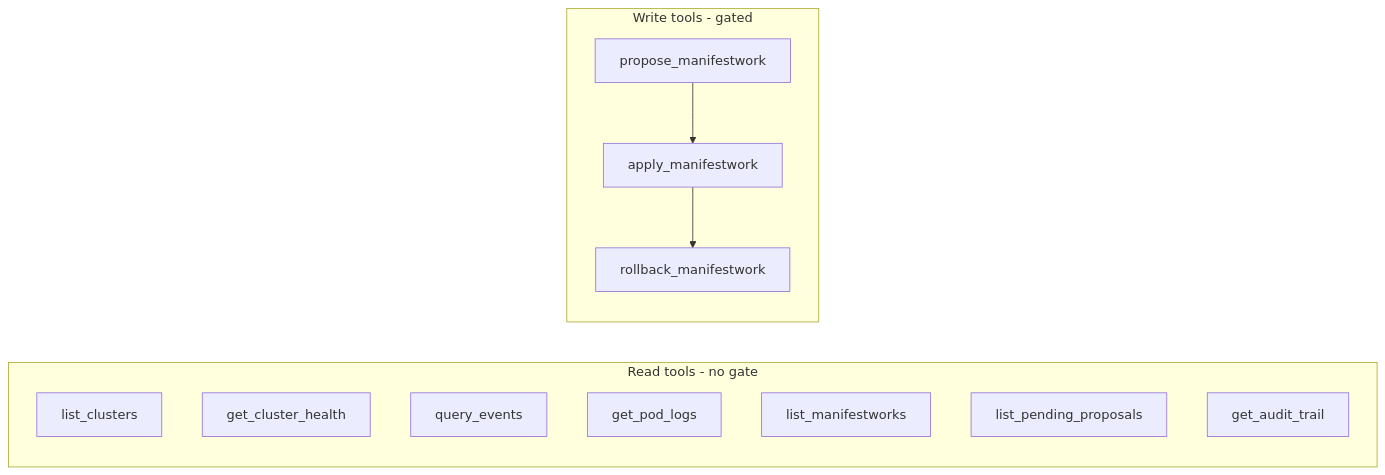
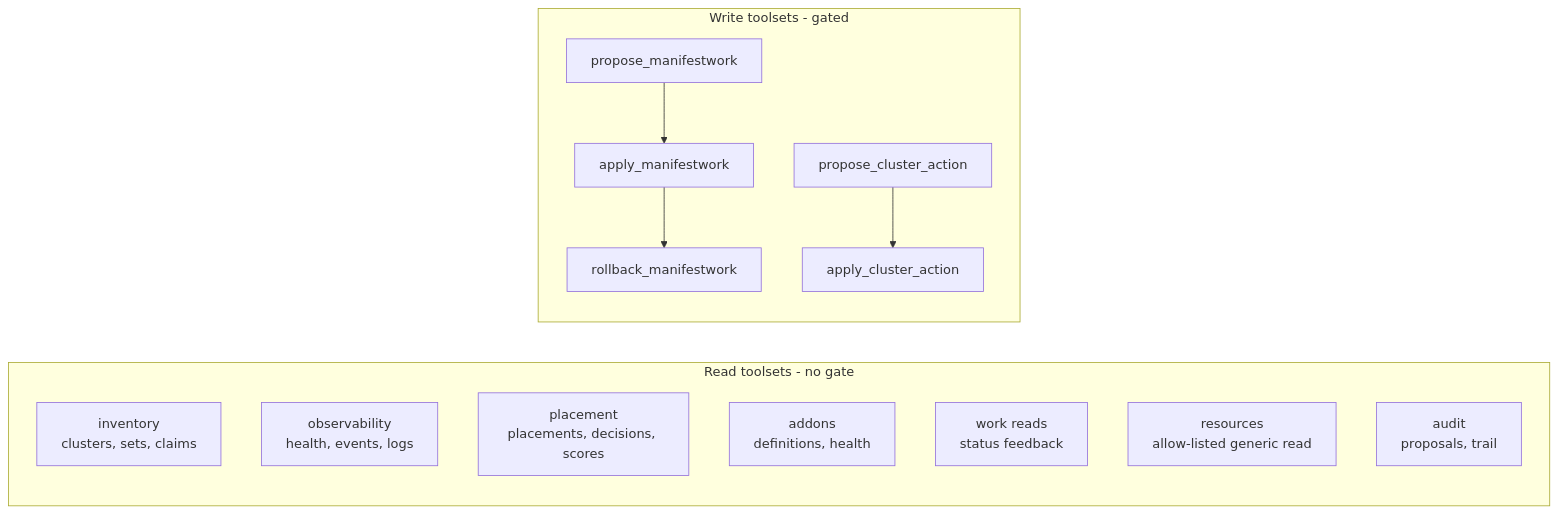
The second of 2 diagrams in wiki/Implementation.md (ocm-mcp-server/ocm-mcp-server), drawn with Mermaid before and after one commit. The commit also changed other lines of this file and 14 other files, not shown here.

First line of the commit message:
feat: expand tool surface to 27 tools across nine toolsets, add prompts

````diff
--- a/wiki/Implementation.md
+++ b/wiki/Implementation.md
@@ -33,18 +37,18 @@
 ```mermaid
 flowchart LR
-    subgraph Read [Read tools - no gate]
+    subgraph Read [Read toolsets - no gate]
       direction TB
-      r1[list_clusters]
-      r2[get_cluster_health]
-      r3[query_events]
-      r4[get_pod_logs]
-      r5[list_manifestworks]
-      r6[list_pending_proposals]
-      r7[get_audit_trail]
+      i[inventory<br/>clusters, sets, claims]
+      o[observability<br/>health, events, logs]
+      p[placement<br/>placements, decisions, scores]
+      a[addons<br/>definitions, health]
+      wr[work reads<br/>status feedback]
+      g[resources<br/>allow-listed generic read]
+      au[audit<br/>proposals, trail]
     end
-    subgraph Write [Write tools - gated]
+    subgraph Write [Write toolsets - gated]
       direction TB
-      w1[propose_manifestwork] --> w2[apply_manifestwork]
-      w2 --> w3[rollback_manifestwork]
+      w1[propose_manifestwork] --> w2[apply_manifestwork] --> w3[rollback_manifestwork]
+      c1[propose_cluster_action] --> c2[apply_cluster_action]
     end
 ```
````
